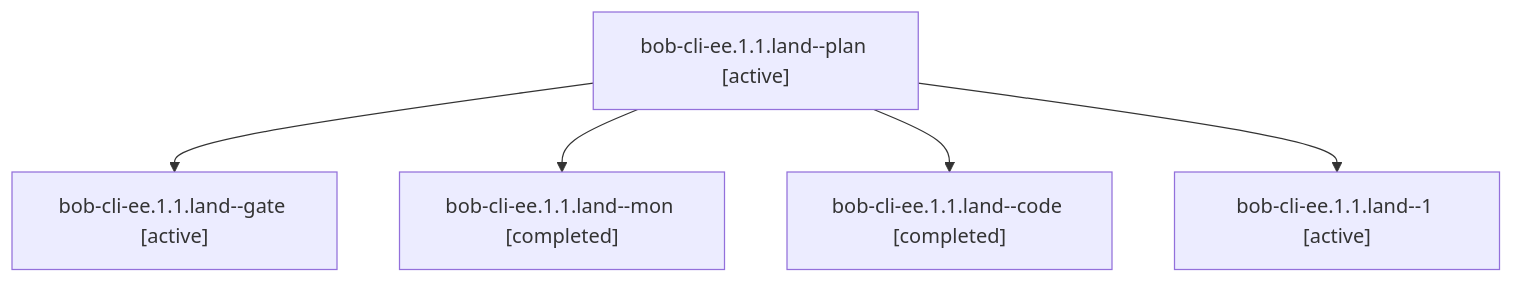
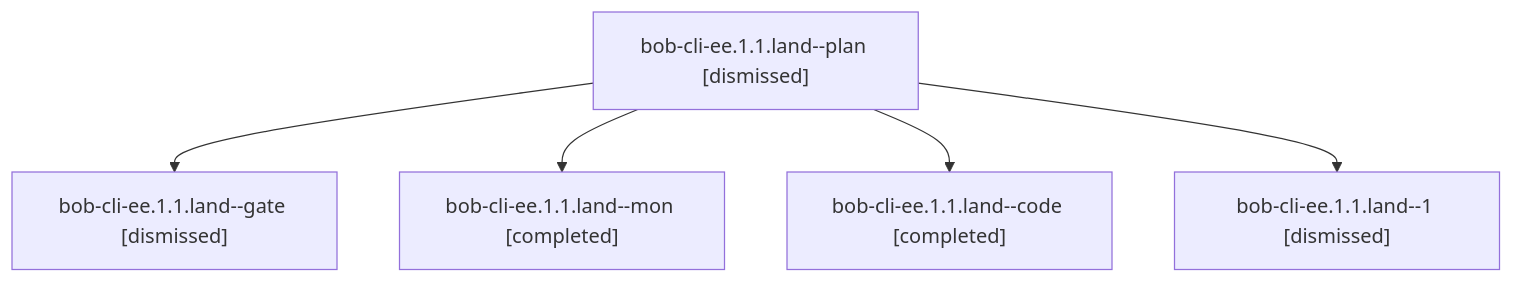
One commit to bobs-org/bob-cli--agents changed the diagram in sessions/bbugyi200.apollo.bob-cli-ee.1.1.land.md. Above: the diagram before and after it, drawn with Mermaid. The commit also changed other lines of this file and 256 other files, not shown here.

````diff
--- a/sessions/bbugyi200.apollo.bob-cli-ee.1.1.land.md
+++ b/sessions/bbugyi200.apollo.bob-cli-ee.1.1.land.md
@@ -9,12 +9,12 @@
 ```mermaid
 flowchart TD
-  n0["bob-cli-ee.1.1.land--plan [active]"]
-  n1["bob-cli-ee.1.1.land--gate [active]"]
+  n0["bob-cli-ee.1.1.land--plan [dismissed]"]
+  n1["bob-cli-ee.1.1.land--gate [dismissed]"]
   n0 --> n1
   n2["bob-cli-ee.1.1.land--mon [completed]"]
   n0 --> n2
   n3["bob-cli-ee.1.1.land--code [completed]"]
   n0 --> n3
-  n4["bob-cli-ee.1.1.land--1 [active]"]
+  n4["bob-cli-ee.1.1.land--1 [dismissed]"]
   n0 --> n4
 ```
````
